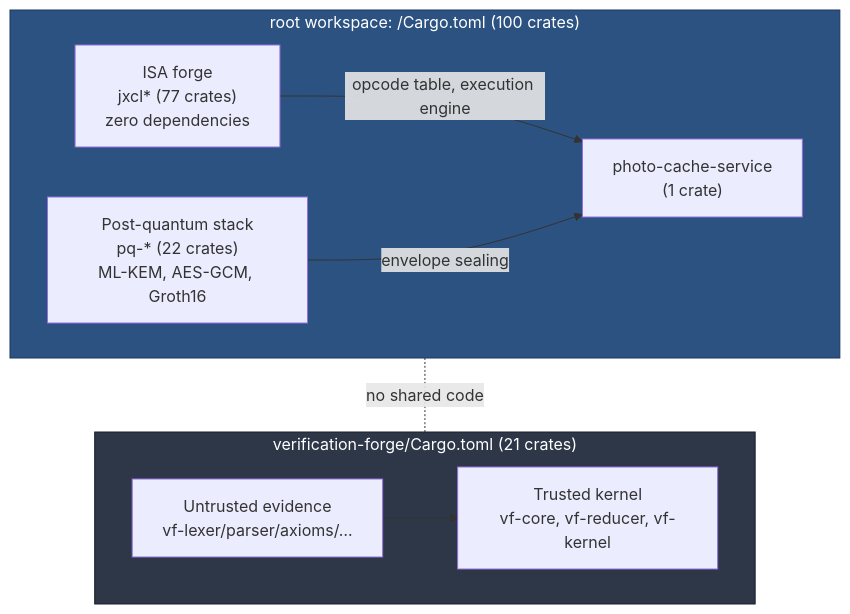
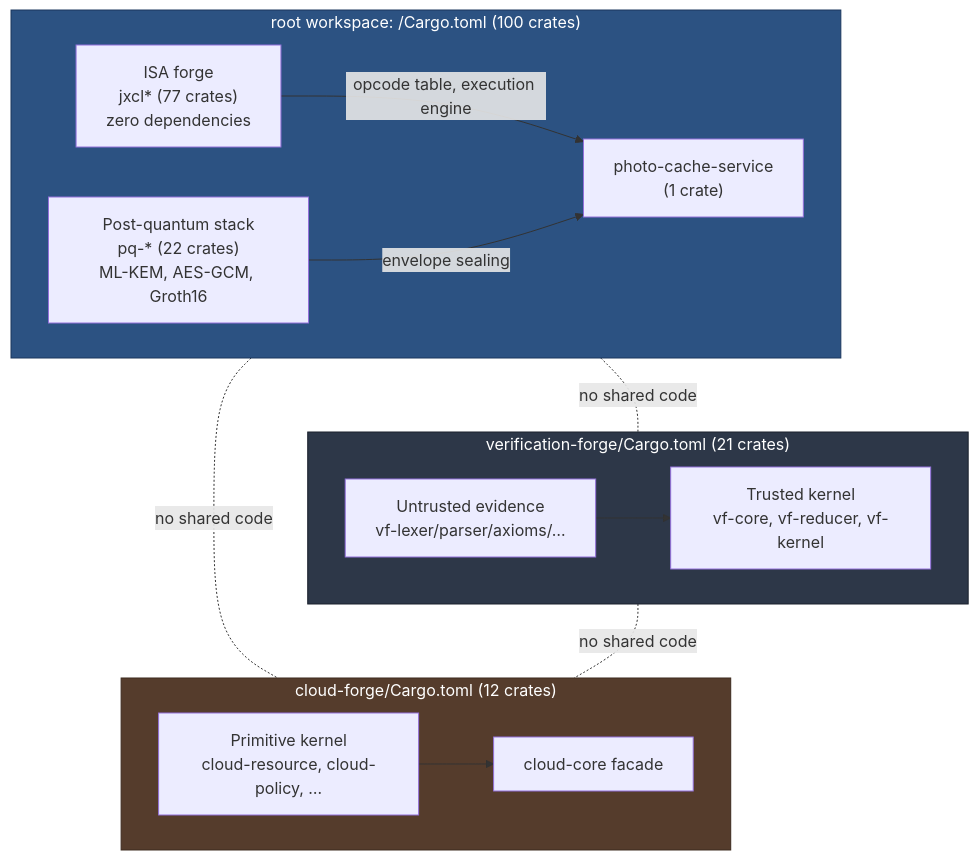
The first of 5 diagrams in README.md (SNAPKITTYAGENT9NOVA/tlm-jxcl-forge), drawn with Mermaid before and after one commit. The commit also changed other lines of this file and 32 other files, not shown here.

````diff
--- a/README.md
+++ b/README.md
@@ -60,23 +68,33 @@
 ```mermaid
 flowchart TB
     subgraph ROOT["root workspace: /Cargo.toml (100 crates)"]
         direction LR
         isa["ISA forge<br/>jxcl* (77 crates)<br/>zero dependencies"]
         pq["Post-quantum stack<br/>pq-* (22 crates)<br/>ML-KEM, AES-GCM, Groth16"]
         svc["photo-cache-service<br/>(1 crate)"]
         isa -->|opcode table, execution engine| svc
         pq -->|envelope sealing| svc
     end
 
     subgraph VF["verification-forge/Cargo.toml (21 crates)"]
         direction LR
         vfk["Trusted kernel<br/>vf-core, vf-reducer, vf-kernel"]
         vfe["Untrusted evidence<br/>vf-lexer/parser/axioms/…"]
         vfe --> vfk
     end
 
+    subgraph CF["cloud-forge/Cargo.toml (12 crates)"]
+        direction LR
+        cfk["Primitive kernel<br/>cloud-resource, cloud-policy, …"]
+        cfc["cloud-core facade"]
+        cfk --> cfc
+    end
+
     ROOT -.no shared code.- VF
+    ROOT -.no shared code.- CF
+    VF -.no shared code.- CF
 
     style ROOT fill:#2c5282,color:#fff,stroke:#1a365d
     style VF fill:#2d3748,color:#fff,stroke:#1a202c
+    style CF fill:#553c2c,color:#fff,stroke:#3d2b1f
 ```
````
